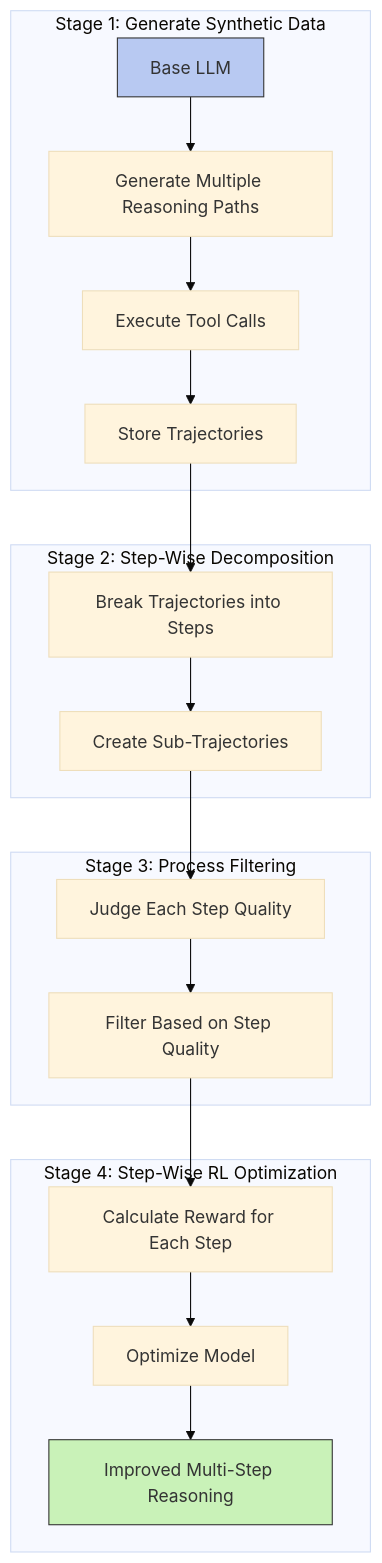
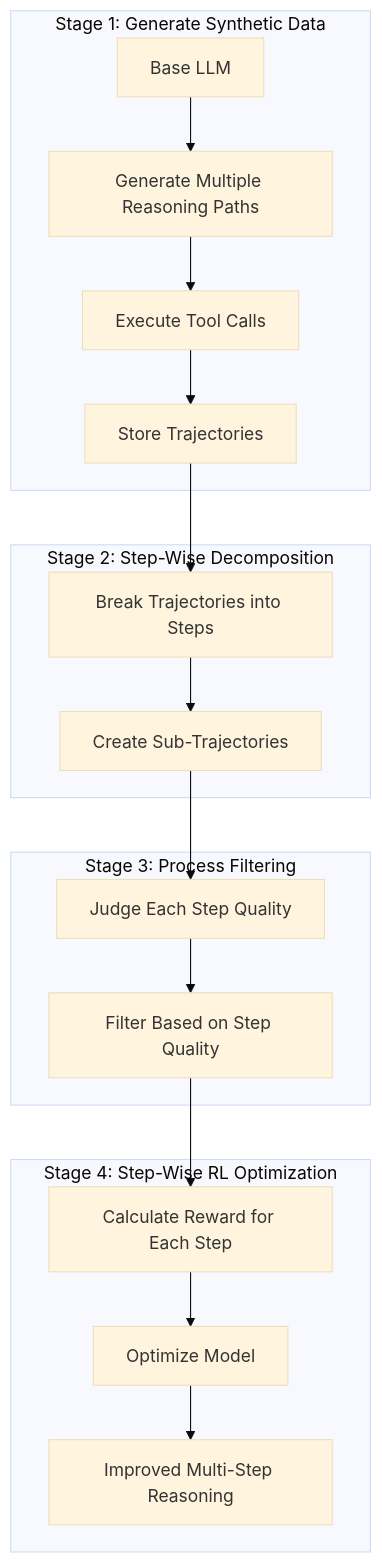
Before and after one commit to st-imdev/newblog25: the first of 3 diagrams in _notes/swirl-reinforcement-learning.md, drawn with Mermaid (base theme). The commit also changed other lines of this file and 4 other files, not shown here.

````diff
--- a/_notes/swirl-reinforcement-learning.md
+++ b/_notes/swirl-reinforcement-learning.md
@@ -25,27 +25,24 @@
-```mermaid
+<pre class="mermaid">
 flowchart TB
     subgraph "Stage 1: Generate Synthetic Data"
       A[Base LLM] --> B[Generate Multiple Reasoning Paths]
       B --> C[Execute Tool Calls]
       C --> D[Store Trajectories]
     end
     
     subgraph "Stage 2: Step-Wise Decomposition"
       D --> E[Break Trajectories into Steps]
       E --> F[Create Sub-Trajectories]
     end
     
     subgraph "Stage 3: Process Filtering"
       F --> G[Judge Each Step Quality]
       G --> H[Filter Based on Step Quality]
     end
     
     subgraph "Stage 4: Step-Wise RL Optimization"
       H --> I[Calculate Reward for Each Step]
       I --> J[Optimize Model]
       J --> K[Improved Multi-Step Reasoning]
     end
-    
-    style A fill:#b8c9f2,stroke:#333
-    style K fill:#c9f2b8,stroke:#333
-```
+</pre>
````
